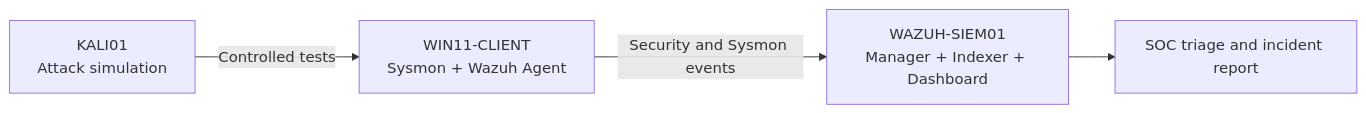
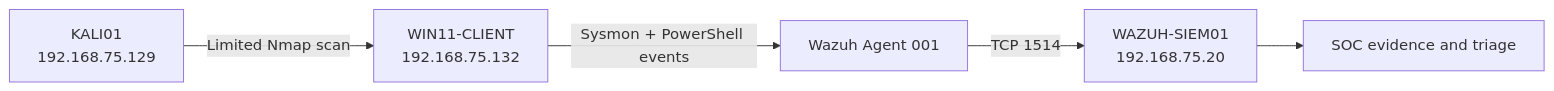
The diagram in README.md (Eliran1991-sudo/Attack-to-Detection-Wazuh-Lab), drawn with Mermaid before and after one commit. The commit also changed other lines of this file and 13 other files, not shown here.

````diff
--- a/README.md
+++ b/README.md
@@ -17,6 +7,7 @@
 ```mermaid
 flowchart LR
-    K[KALI01\nAttack simulation] -->|Controlled tests| C[WIN11-CLIENT\nSysmon + Wazuh Agent]
-    C -->|Security and Sysmon events| W[WAZUH-SIEM01\nManager + Indexer + Dashboard]
-    W --> A[SOC triage and incident report]
+    K["KALI01\n192.168.75.129"] -->|"Limited Nmap scan"| C["WIN11-CLIENT\n192.168.75.132"]
+    C -->|"Sysmon + PowerShell events"| A["Wazuh Agent 001"]
+    A -->|"TCP 1514"| W["WAZUH-SIEM01\n192.168.75.20"]
+    W --> T["SOC evidence and triage"]
 ```
````
